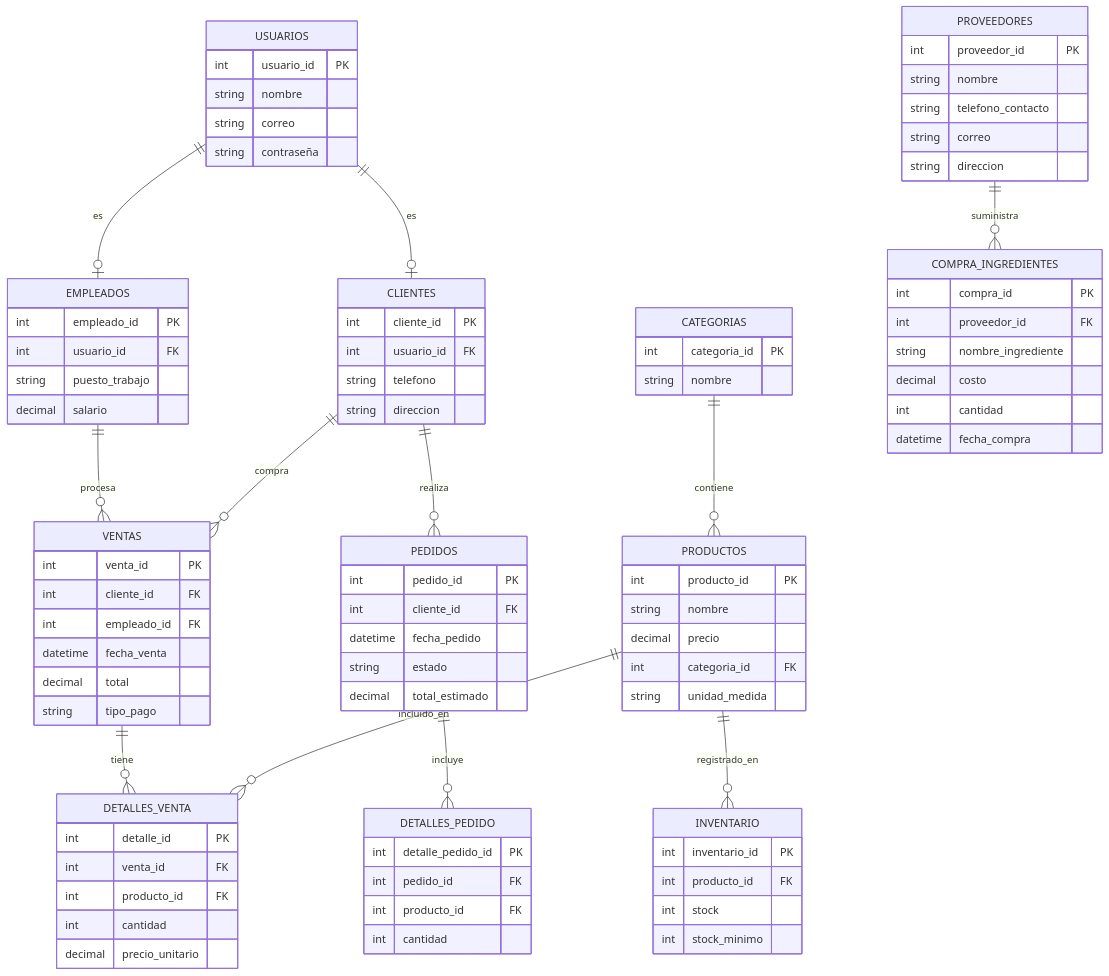
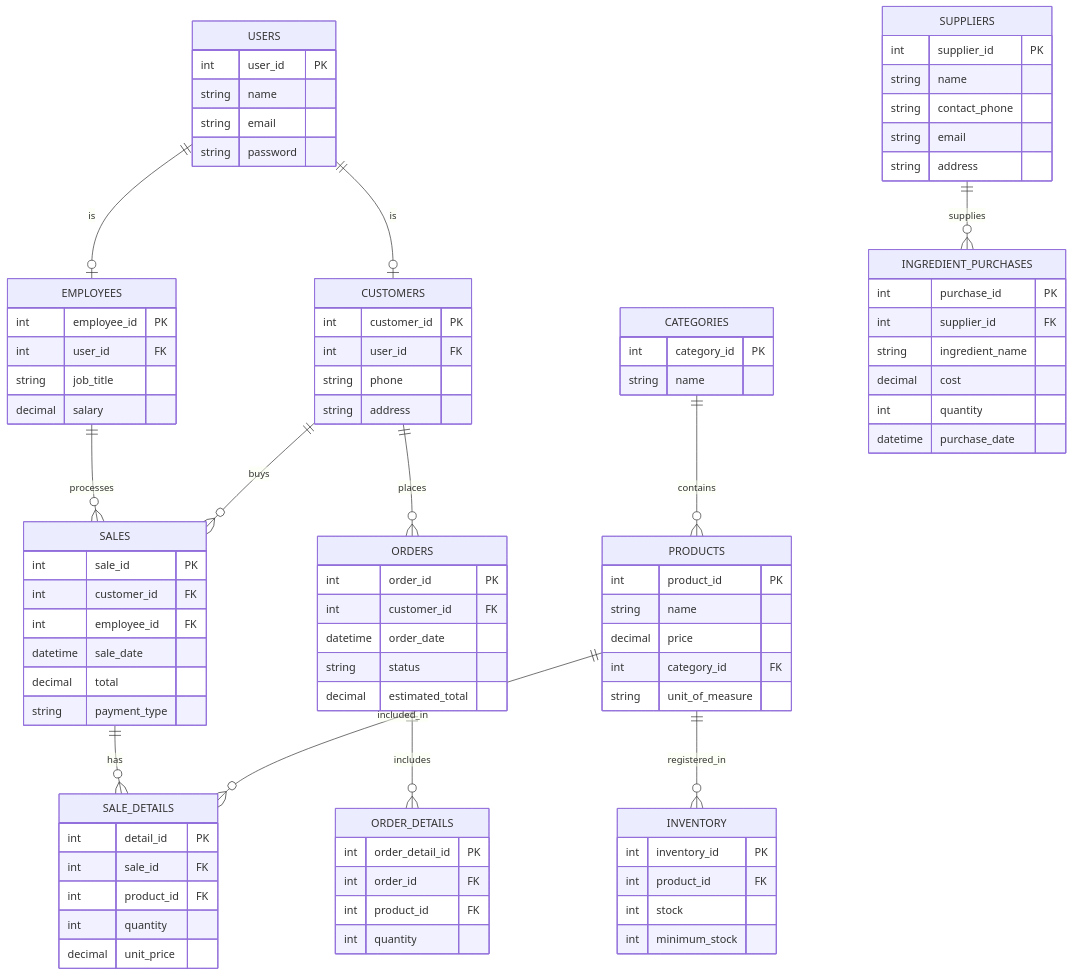
Before and after one commit to perezcalderondulcemariam3s1-gif/mielecita: the diagram in docs/erd_diagram.mmd, drawn with Mermaid.

```diff
--- a/docs/erd_diagram.mmd
+++ b/docs/erd_diagram.mmd
@@ -1,101 +1,102 @@
 erDiagram
-    USUARIOS ||--o| CLIENTES : "es"
-    USUARIOS ||--o| EMPLEADOS : "es"
-    CATEGORIAS ||--o{ PRODUCTOS : "contiene"
-    PRODUCTOS ||--o{ DETALLES_VENTA : "incluido_en"
-    VENTAS ||--o{ DETALLES_VENTA : "tiene"
-    CLIENTES ||--o{ VENTAS : "compra"
-    EMPLEADOS ||--o{ VENTAS : "procesa"
-    PRODUCTOS ||--o{ INVENTARIO : "registrado_en"
-    PROVEEDORES ||--o{ COMPRA_INGREDIENTES : "suministra"
-    CLIENTES ||--o{ PEDIDOS : "realiza"
-    PEDIDOS ||--o{ DETALLES_PEDIDO : "incluye"
+    USERS ||--o| CUSTOMERS : "is"
+    USERS ||--o| EMPLOYEES : "is"
+    CATEGORIES ||--o{ PRODUCTS : "contains"
+    PRODUCTS ||--o{ SALE_DETAILS : "included_in"
+    SALES ||--o{ SALE_DETAILS : "has"
+    CUSTOMERS ||--o{ SALES : "buys"
+    EMPLOYEES ||--o{ SALES : "processes"
+    PRODUCTS ||--o{ INVENTORY : "registered_in"
+    SUPPLIERS ||--o{ INGREDIENT_PURCHASES : "supplies"
+    CUSTOMERS ||--o{ ORDERS : "places"
+    ORDERS ||--o{ ORDER_DETAILS : "includes"
 
-    USUARIOS {
-        int usuario_id PK
-        string nombre
-        string correo
-        string contraseña
+    USERS {
+        int user_id PK
+        string name
+        string email
+        string password
     }
 
-    CLIENTES {
-        int cliente_id PK
-        int usuario_id FK
-        string telefono
-        string direccion
+    CUSTOMERS {
+        int customer_id PK
+        int user_id FK
+        string phone
+        string address
     }
 
-    EMPLEADOS {
-        int empleado_id PK
-        int usuario_id FK
-        string puesto_trabajo
-        decimal salario
+    EMPLOYEES {
+        int employee_id PK
+        int user_id FK
+        string job_title
+        decimal salary
     }
 
-    PEDIDOS {
-        int pedido_id PK
-        int cliente_id FK
-        datetime fecha_pedido
-        string estado
-        decimal total_estimado
+    ORDERS {
+        int order_id PK
+        int customer_id FK
+        datetime order_date
+        string status
+        decimal estimated_total
     }
 
-    DETALLES_PEDIDO {
-        int detalle_pedido_id PK
-        int pedido_id FK
-        int producto_id FK
-        int cantidad
+    ORDER_DETAILS {
+        int order_detail_id PK
+        int order_id FK
+        int product_id FK
+        int quantity
     }
 
-    PRODUCTOS {
-        int producto_id PK
-        string nombre
-        decimal precio
-        int categoria_id FK
-        string unidad_medida
-    }
-    VENTAS {
-        int venta_id PK
-        int cliente_id FK
-        int empleado_id FK
-        datetime fecha_venta
-        decimal total
-        string tipo_pago
+    PRODUCTS {
+        int product_id PK
+        string name
+        decimal price
+        int category_id FK
+        string unit_of_measure
     }
 
-    DETALLES_VENTA {
-        int detalle_id PK
-        int venta_id FK
-        int producto_id FK
-        int cantidad
-        decimal precio_unitario
+    SALES {
+        int sale_id PK
+        int customer_id FK
+        int employee_id FK
+        datetime sale_date
+        decimal total
+        string payment_type
     }
 
-    INVENTARIO {
-        int inventario_id PK
-        int producto_id FK
-        int stock
-        int stock_minimo
+    SALE_DETAILS {
+        int detail_id PK
+        int sale_id FK
+        int product_id FK
+        int quantity
+        decimal unit_price
     }
 
-    CATEGORIAS {
-        int categoria_id PK
-        string nombre
+    INVENTORY {
+        int inventory_id PK
+        int product_id FK
+        int stock
+        int minimum_stock
     }
 
-    PROVEEDORES {
-        int proveedor_id PK
-        string nombre
-        string telefono_contacto
-        string correo
-        string direccion
+    CATEGORIES {
+        int category_id PK
+        string name
     }
 
-    COMPRA_INGREDIENTES {
-        int compra_id PK
-        int proveedor_id FK
-        string nombre_ingrediente
-        decimal costo
-        int cantidad
-        datetime fecha_compra
+    SUPPLIERS {
+        int supplier_id PK
+        string name
+        string contact_phone
+        string email
+        string address
     }
+
+    INGREDIENT_PURCHASES {
+        int purchase_id PK
+        int supplier_id FK
+        string ingredient_name
+        decimal cost
+        int quantity
+        datetime purchase_date
+    }
```
